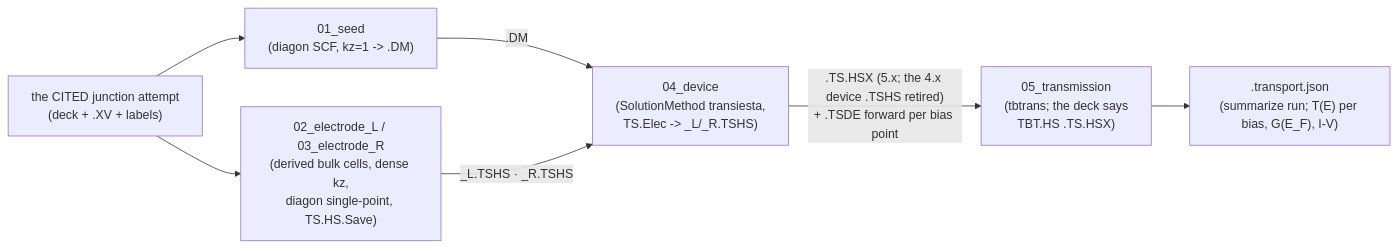
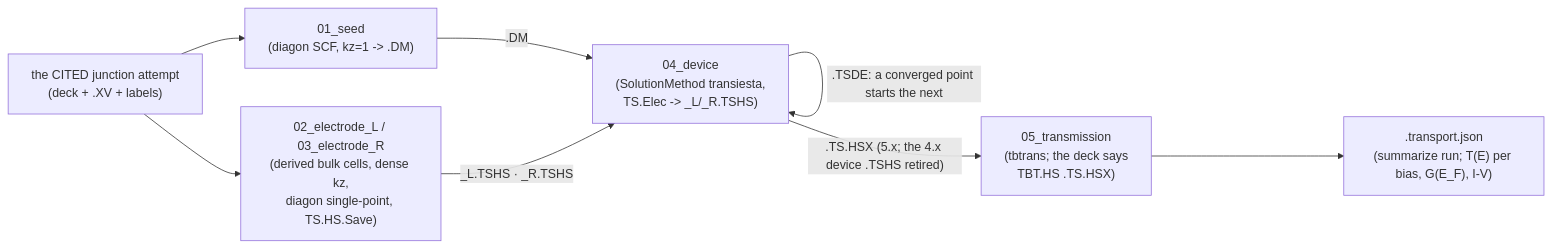
Before and after one commit to Qing-LAB/molbuilder: diagram 11 of 13 in docs/engines/transport.md, drawn with Mermaid. The commit also changed other lines of this file and 4 other files, not shown here.

````diff
--- a/docs/engines/transport.md
+++ b/docs/engines/transport.md
@@ -2656,10 +3086,11 @@
 ```mermaid
 flowchart LR
     CITE["the CITED junction attempt<br/>(deck + .XV + labels)"]
     CITE --> SEED["01_seed<br/>(diagon SCF, kz=1 -> .DM)"]
     CITE --> EL["02_electrode_L / 03_electrode_R<br/>(derived bulk cells, dense kz,<br/>diagon single-point, TS.HS.Save)"]
     SEED -->|".DM"| DEVICE["04_device<br/>(SolutionMethod transiesta,<br/>TS.Elec -> <label>_L/_R.TSHS)"]
     EL -->|"<label>_L.TSHS · <label>_R.TSHS"| DEVICE
-    DEVICE -->|"<label>.TS.HSX (5.x; the 4.x device .TSHS retired)<br/>+ .TSDE forward per bias point"| TBT["05_transmission<br/>(tbtrans; the deck says<br/>TBT.HS <label>.TS.HSX)"]
+    DEVICE -->|".TSDE: a converged point starts the next"| DEVICE
+    DEVICE -->|"<label>.TS.HSX (5.x; the 4.x device .TSHS retired)"| TBT["05_transmission<br/>(tbtrans; the deck says<br/>TBT.HS <label>.TS.HSX)"]
     TBT --> RESULT["<label>.transport.json<br/>(summarize run; T(E) per bias, G(E_F), I-V)"]
 ```
````
